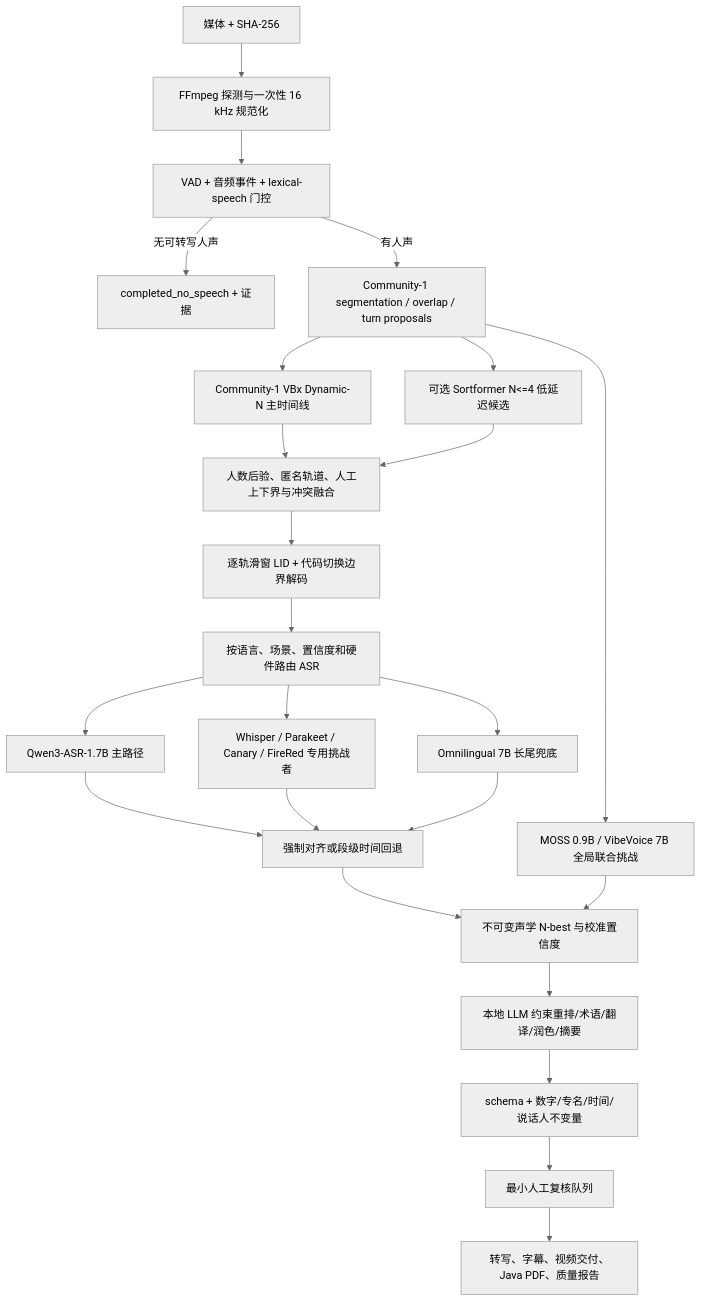
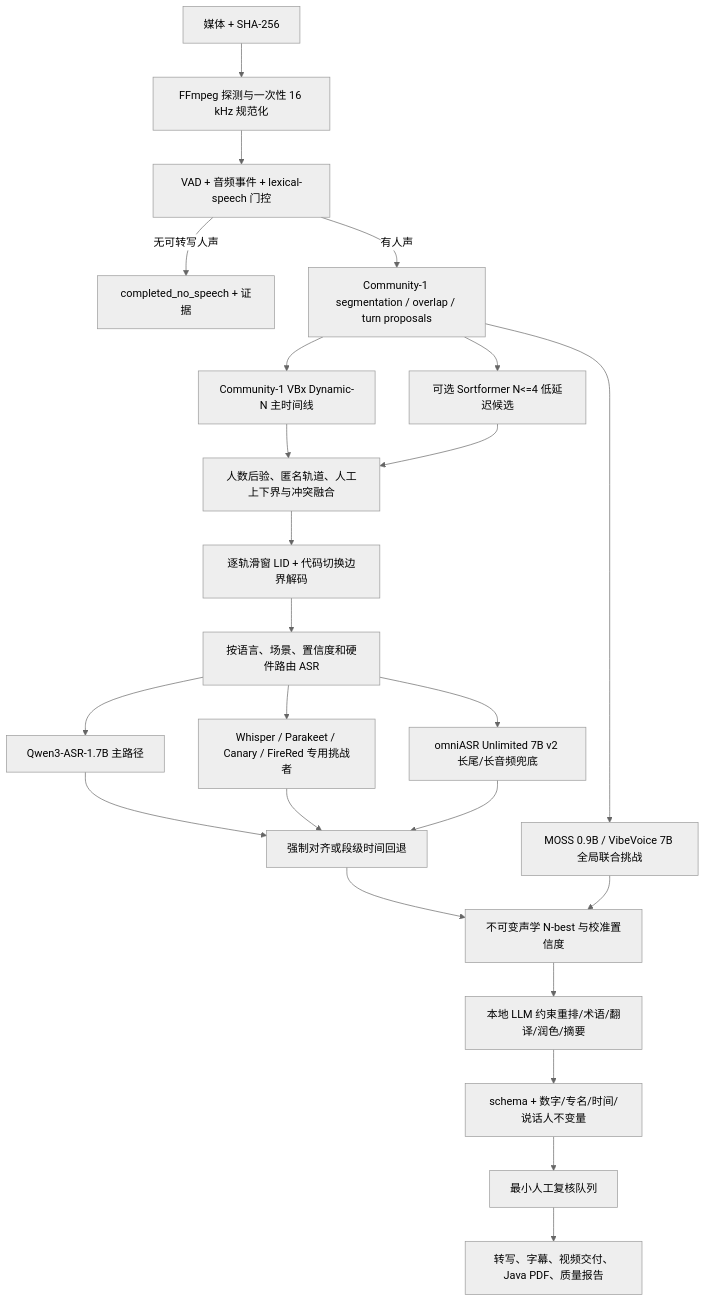
One commit to 3351666087/MediaTranscribeStudio changed the diagram in docs/refactor/FLAGSHIP_SPEECH_ARCHITECTURE.md. Above: the diagram before and after it, drawn with Mermaid (neutral theme). The commit also changed other lines of this file and 15 other files, not shown here.

Commit message:
feat: promote pyannote speaker timelines

````diff
--- a/docs/refactor/FLAGSHIP_SPEECH_ARCHITECTURE.md
+++ b/docs/refactor/FLAGSHIP_SPEECH_ARCHITECTURE.md
@@ -54,26 +54,26 @@
 ```mermaid
 flowchart TD
   INPUT["媒体 + SHA-256"] --> PROBE["FFmpeg 探测与一次性 16 kHz 规范化"]
   PROBE --> GATE["VAD + 音频事件 + lexical-speech 门控"]
   GATE -->|"无可转写人声"| NOSPEECH["completed_no_speech + 证据"]
   GATE -->|"有人声"| SEG["Community-1 segmentation / overlap / turn proposals"]
   SEG --> DIAR["Community-1 VBx Dynamic-N 主时间线"]
   SEG --> FAST["可选 Sortformer N<=4 低延迟候选"]
   DIAR --> FUSION["人数后验、匿名轨道、人工上下界与冲突融合"]
   FAST --> FUSION
   FUSION --> LID["逐轨滑窗 LID + 代码切换边界解码"]
   LID --> ROUTER["按语言、场景、置信度和硬件路由 ASR"]
   ROUTER --> QWEN["Qwen3-ASR-1.7B 主路径"]
   ROUTER --> SPECIALIST["Whisper / Parakeet / Canary / FireRed 专用挑战者"]
-  ROUTER --> OMNI["Omnilingual 7B 长尾兜底"]
+  ROUTER --> OMNI["omniASR Unlimited 7B v2 长尾/长音频兜底"]
   QWEN --> ALIGN["强制对齐或段级时间回退"]
   SPECIALIST --> ALIGN
   OMNI --> ALIGN
   ALIGN --> NBEST["不可变声学 N-best 与校准置信度"]
   SEG --> JOINT["MOSS 0.9B / VibeVoice 7B 全局联合挑战"]
   JOINT --> NBEST
   NBEST --> LLM["本地 LLM 约束重排/术语/翻译/润色/摘要"]
   LLM --> VALIDATE["schema + 数字/专名/时间/说话人不变量"]
   VALIDATE --> REVIEW["最小人工复核队列"]
   REVIEW --> OUTPUT["转写、字幕、视频交付、Java PDF、质量报告"]
 ```
````
